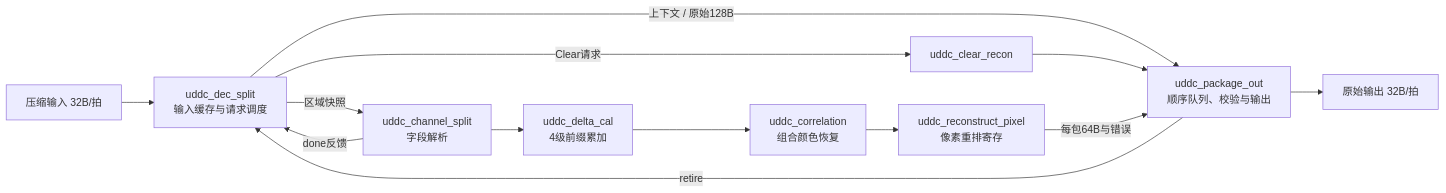
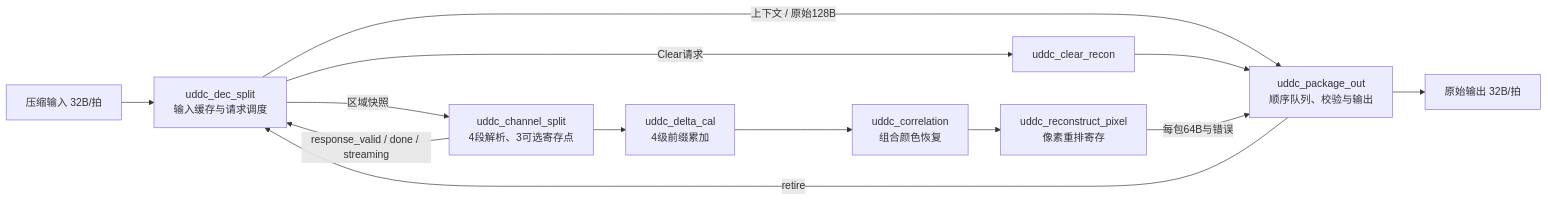
The second of 2 diagrams in docs/ARCHITECTURE.md (JallyYang/UDC-Core), drawn with Mermaid before and after one commit. The commit also changed other lines of this file and 35 other files, not shown here.

First line of the commit message:
Pipeline UDDC parsing with optional registers and streaming prefixes

````diff
--- a/docs/ARCHITECTURE.md
+++ b/docs/ARCHITECTURE.md
@@ -75,15 +76,15 @@
 ```mermaid
 flowchart LR
     IN["压缩输入 32B/拍"] --> SPLIT["uddc_dec_split\n输入缓存与请求调度"]
     SPLIT -->|"上下文 / 原始128B"| OUTBUF["uddc_package_out\n顺序队列、校验与输出"]
     SPLIT -->|"Clear请求"| CLEAR[uddc_clear_recon]
     CLEAR --> OUTBUF
-    SPLIT -->|"区域快照"| PARSE["uddc_channel_split\n字段解析"]
-    PARSE -->|"done反馈"| SPLIT
+    SPLIT -->|"区域快照"| PARSE["uddc_channel_split\n4段解析、3可选寄存点"]
+    PARSE -->|"response_valid / done / streaming"| SPLIT
     PARSE --> PREFIX["uddc_delta_cal\n4级前缀累加"]
     PREFIX --> COLOR["uddc_correlation\n组合颜色恢复"]
     COLOR --> PIXEL["uddc_reconstruct_pixel\n像素重排寄存"]
     PIXEL -->|"每包64B与错误"| OUTBUF
     OUTBUF --> OUT["原始输出 32B/拍"]
     OUTBUF -->|"retire"| SPLIT
 ```
````
